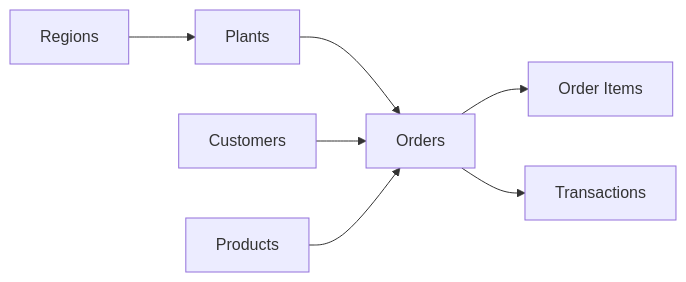
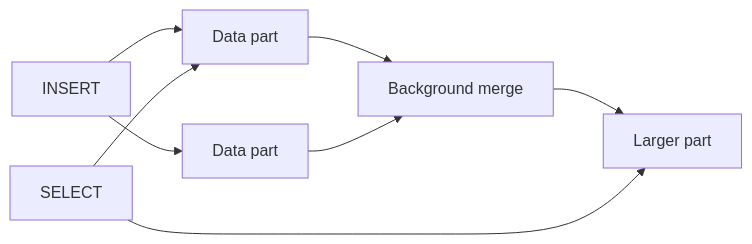
The fifth of 10 diagrams in sessions/01-architecture-and-data-modeling/notes.md (atingupta2005/clickhouse-grafana-analytics-reporting), drawn with Mermaid before and after one commit. The commit also changed other lines of this file and 9 other files, not shown here.

First line of the commit message:
Add Session 01 colorful SVG diagrams and richer Mermaid.

````diff
--- a/sessions/01-architecture-and-data-modeling/notes.md
+++ b/sessions/01-architecture-and-data-modeling/notes.md
@@ -393,11 +286,10 @@
 ```mermaid
 flowchart LR
-    R[Regions] --> P[Plants]
-    P --> O[Orders]
-
-    C[Customers] --> O
-    PR[Products] --> O
-
-    O --> OI[Order Items]
-    O --> T[Transactions]
+    I[INSERT] --> P1[Data part]
+    I --> P2[Data part]
+    P1 --> M[Background merge]
+    P2 --> M
+    M --> P3[Larger part]
+    Q[SELECT] --> P3
+    Q --> P1
 ```
````
